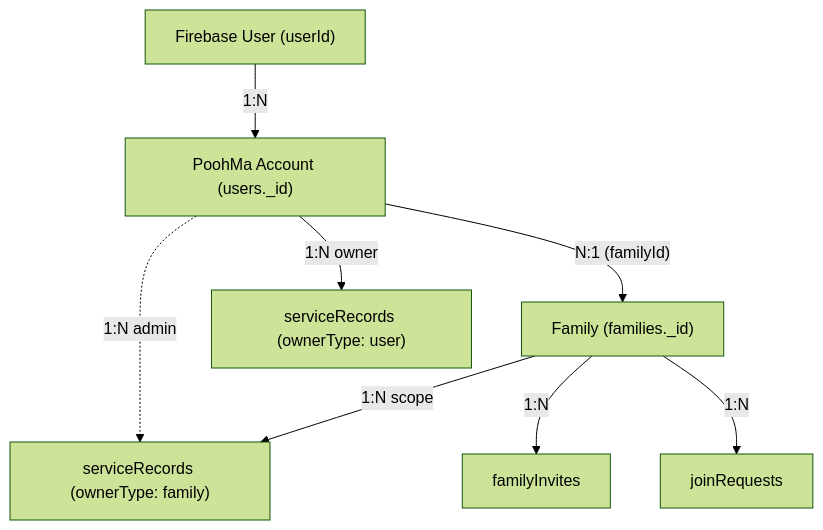
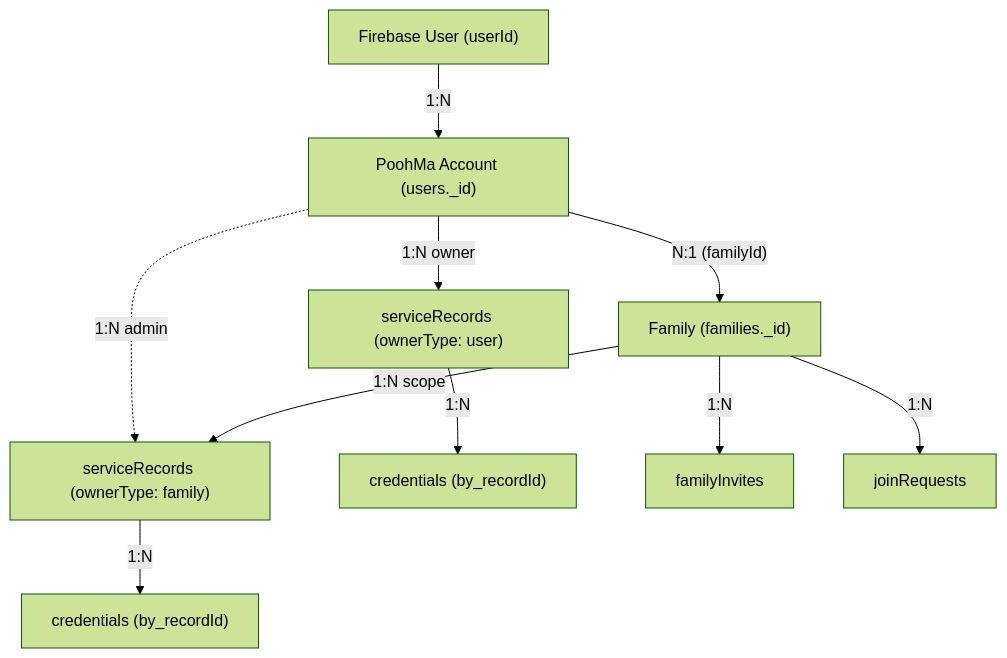
The first of 4 diagrams in .ai/domain.md (luthpg/poohma), drawn with Mermaid (forest theme) before and after one commit. The commit also changed other lines of this file and 16 other files, not shown here.

````diff
--- a/.ai/domain.md
+++ b/.ai/domain.md
@@ -9,12 +9,15 @@
 ```mermaid
 flowchart TD
     FirebaseUser["Firebase User (userId)"] -->|"1:N"| PoohMaAccount["PoohMa Account (users._id)"]
     PoohMaAccount -->|"N:1 (familyId)"| Family["Family (families._id)"]
     
     PoohMaAccount -->|"1:N owner"| RecUser["serviceRecords (ownerType: user)"]
     PoohMaAccount -.->|"1:N admin"| RecFamily["serviceRecords (ownerType: family)"]
     
+    RecUser -->|"1:N"| CredsUser["credentials (by_recordId)"]
+    RecFamily -->|"1:N"| CredsFamily["credentials (by_recordId)"]
+    
     Family -->|"1:N scope"| RecFamily
     Family -->|"1:N"| Invites["familyInvites"]
     Family -->|"1:N"| JoinReqs["joinRequests"]
 ```
````
